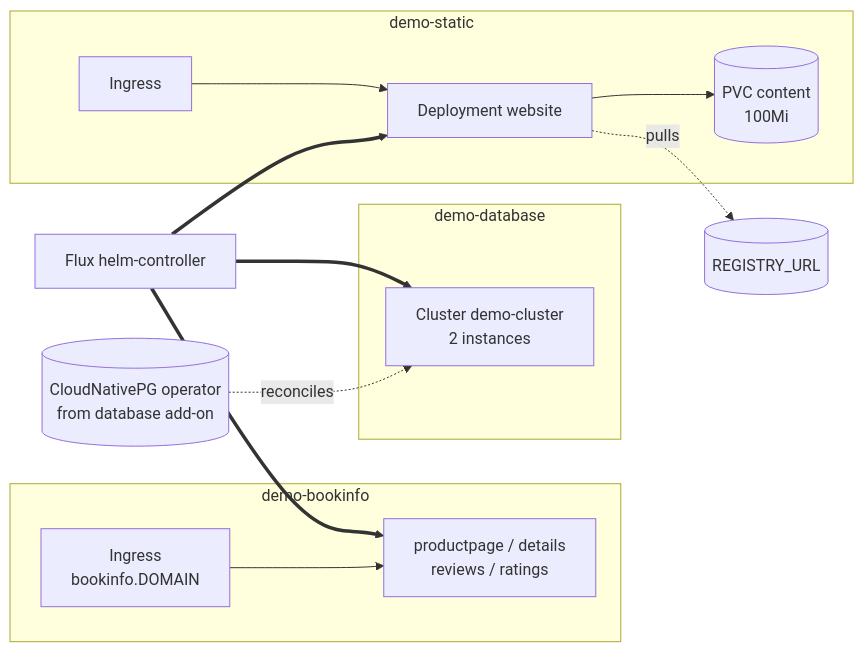
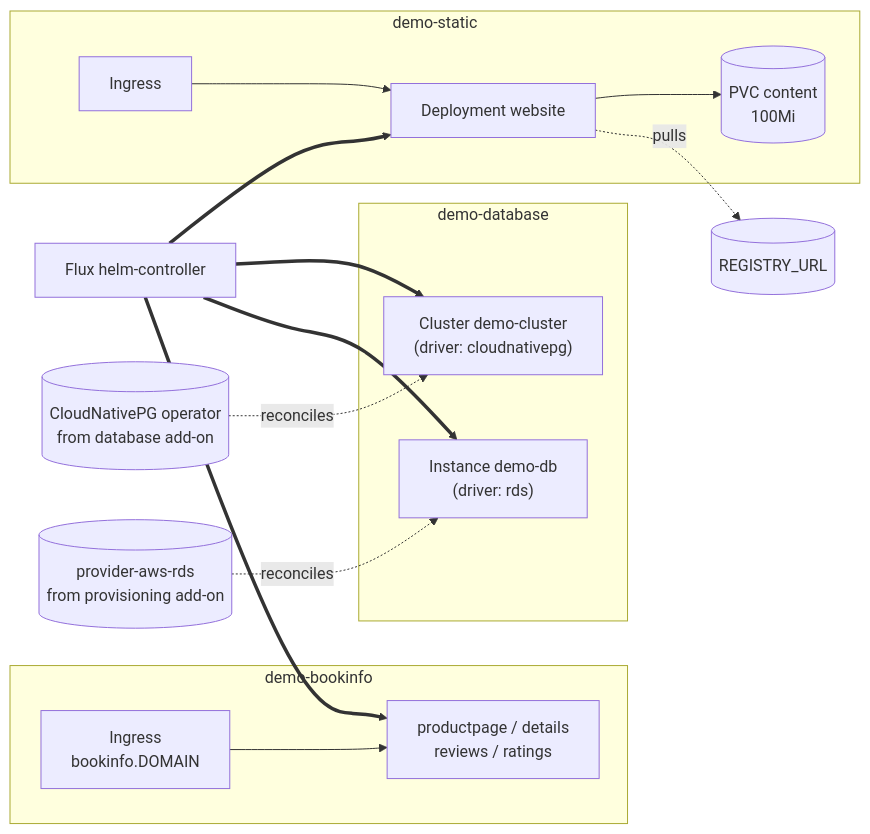
The diagram in kustomize/demo/README.md (windsorcli/core), drawn with Mermaid before and after one commit. The commit also changed other lines of this file and 77 other files, not shown here.

Commit message:
feat(database): Use crossplane to create an RDS database (#2599)

````diff
--- a/kustomize/demo/README.md
+++ b/kustomize/demo/README.md
@@ -24,29 +25,32 @@
 ```mermaid
 flowchart LR
   flux[Flux helm-controller]
 
   subgraph demobook[demo-bookinfo]
     book_ingress[Ingress<br/>bookinfo.DOMAIN]
     book_svcs[productpage / details<br/>reviews / ratings]
   end
 
   subgraph demostatic[demo-static]
     static_ingress[Ingress]
     static_dep[Deployment website]
     static_pvc[(PVC content<br/>100Mi)]
   end
 
   subgraph demodb[demo-database]
-    demo_cluster[Cluster demo-cluster<br/>2 instances]
+    demo_cluster["Cluster demo-cluster<br/>(driver: cloudnativepg)"]
+    demo_instance["Instance demo-db<br/>(driver: rds)"]
   end
 
   cnpg[(CloudNativePG operator<br/>from database add-on)]
+  crossplane[(provider-aws-rds<br/>from provisioning add-on)]
   registry[(REGISTRY_URL)]
 
-  flux ==> book_svcs & static_dep & demo_cluster
+  flux ==> book_svcs & static_dep & demo_cluster & demo_instance
   static_dep --> static_pvc
   static_dep -.pulls.-> registry
   cnpg -.reconciles.-> demo_cluster
+  crossplane -.reconciles.-> demo_instance
   book_ingress --> book_svcs
   static_ingress --> static_dep
 ```
````
